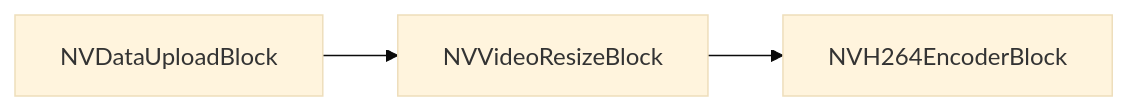
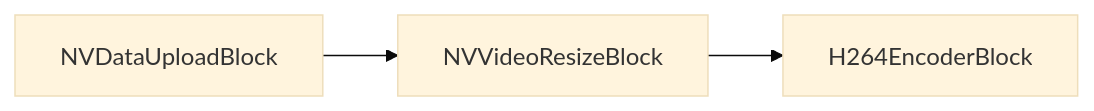
One commit to visioforge/help changed the fourth of 5 diagrams in dotnet/mediablocks/Nvidia/index.es.md. Above: the diagram before and after it, drawn with Mermaid (base theme). The commit also changed other lines of this file and 222 other files, not shown here.

````diff
--- a/dotnet/mediablocks/Nvidia/index.es.md
+++ b/dotnet/mediablocks/Nvidia/index.es.md
@@ -215,4 +215,4 @@
 ```mermaid
 graph LR;
-    NVDataUploadBlock-->NVVideoResizeBlock-->NVH264EncoderBlock;
+    NVDataUploadBlock-->NVVideoResizeBlock-->H264EncoderBlock;
 ```
````
